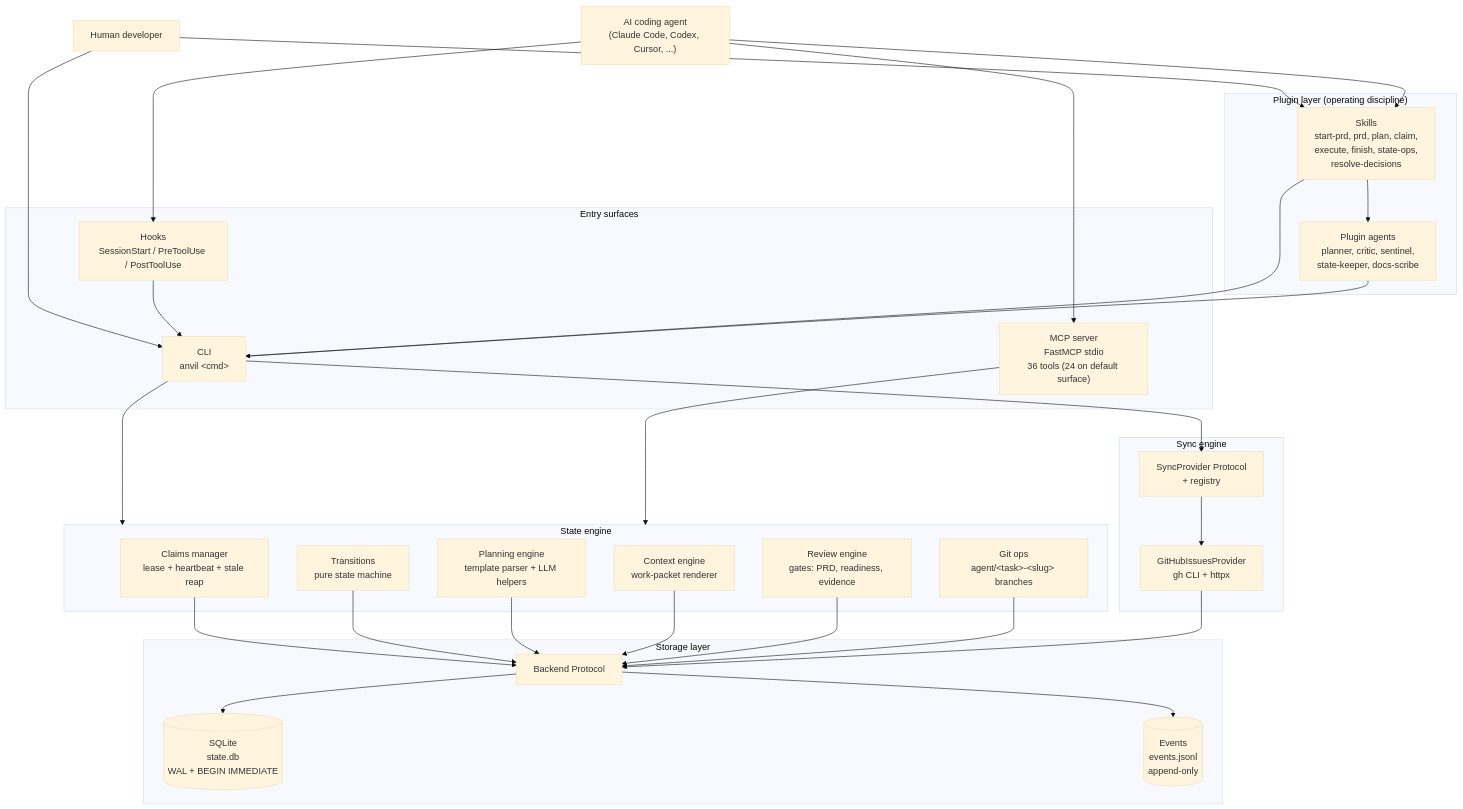
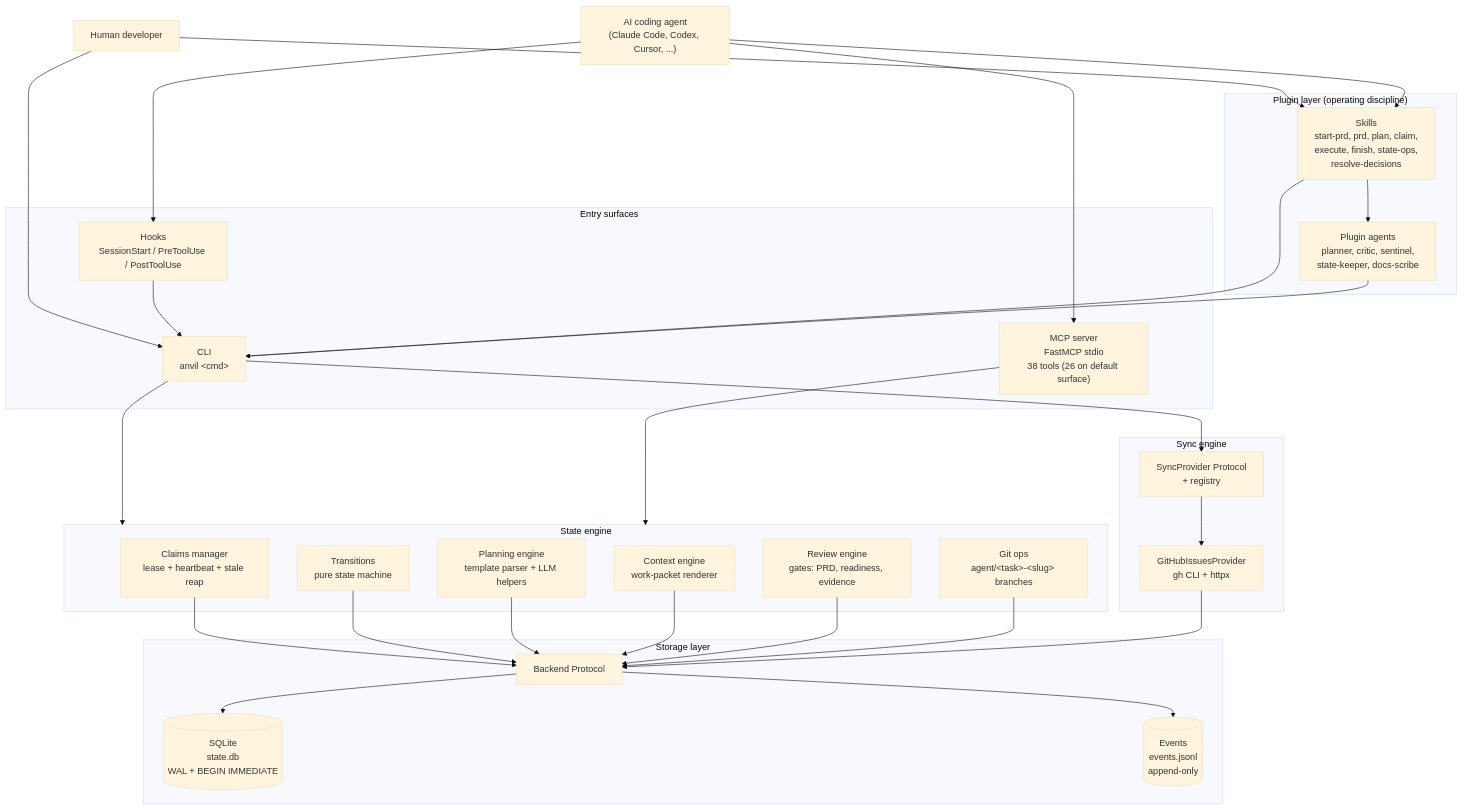
Before and after one commit to fakoli/anvil: the first of 2 diagrams in docs/architecture.md, drawn with Mermaid (base theme). The commit also changed other lines of this file and 113 other files, not shown here.

````diff
--- a/docs/architecture.md
+++ b/docs/architecture.md
@@ -69,63 +69,63 @@
 ```mermaid
 graph TD
     User["Human developer"]
     Agent["AI coding agent<br/>(Claude Code, Codex, Cursor, ...)"]
 
     subgraph Entry["Entry surfaces"]
         CLI["CLI<br/>anvil &lt;cmd&gt;"]
-        MCP["MCP server<br/>FastMCP stdio<br/>36 tools (24 on default surface)"]
+        MCP["MCP server<br/>FastMCP stdio<br/>38 tools (26 on default surface)"]
         Hooks["Hooks<br/>SessionStart / PreToolUse / PostToolUse"]
     end
 
     subgraph Plugin["Plugin layer (operating discipline)"]
         Skills["Skills<br/>start-prd, prd, plan, claim,<br/>execute, finish, state-ops,<br/>resolve-decisions"]
         Agents["Plugin agents<br/>planner, critic, sentinel,<br/>state-keeper, docs-scribe"]
     end
 
     subgraph Engine["State engine"]
         Claims["Claims manager<br/>lease + heartbeat + stale reap"]
         Transitions["Transitions<br/>pure state machine"]
         Planning["Planning engine<br/>template parser + LLM helpers"]
         Context["Context engine<br/>work-packet renderer"]
         Review["Review engine<br/>gates: PRD, readiness, evidence"]
         GitOps["Git ops<br/>agent/&lt;task&gt;-&lt;slug&gt; branches"]
     end
 
     subgraph Storage["Storage layer"]
         Backend["Backend Protocol"]
         SQLite[("SQLite<br/>state.db<br/>WAL + BEGIN IMMEDIATE")]
         Events[("Events<br/>events.jsonl<br/>append-only")]
     end
 
     subgraph Sync["Sync engine"]
         SyncProto["SyncProvider Protocol<br/>+ registry"]
         GitHub["GitHubIssuesProvider<br/>gh CLI + httpx"]
     end
 
     User --> CLI
     User --> Skills
     Agent --> MCP
     Agent --> Skills
     Agent --> Hooks
 
     CLI --> Engine
     MCP --> Engine
     Hooks --> CLI
     Skills --> CLI
     Skills --> Agents
     Agents --> CLI
 
     Claims --> Backend
     Transitions --> Backend
     Planning --> Backend
     Context --> Backend
     Review --> Backend
     GitOps --> Backend
 
     Backend --> SQLite
     Backend --> Events
 
     CLI --> SyncProto
     SyncProto --> GitHub
     GitHub --> Backend
 ```
````
